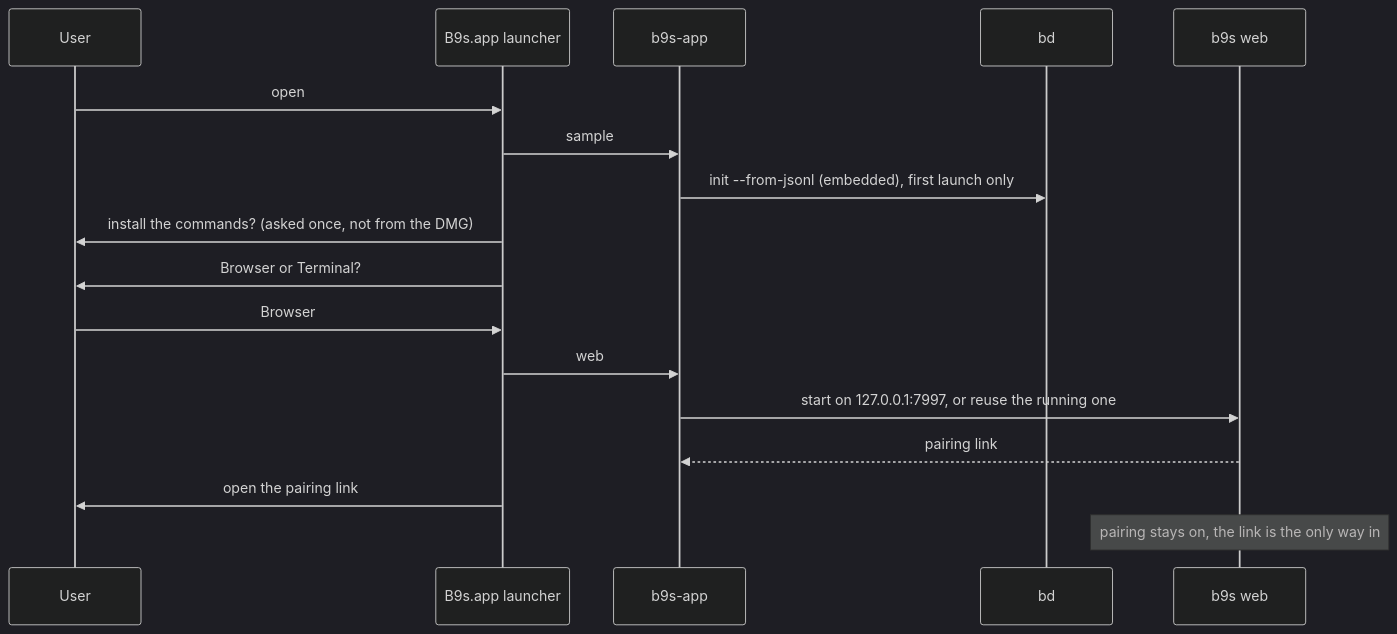
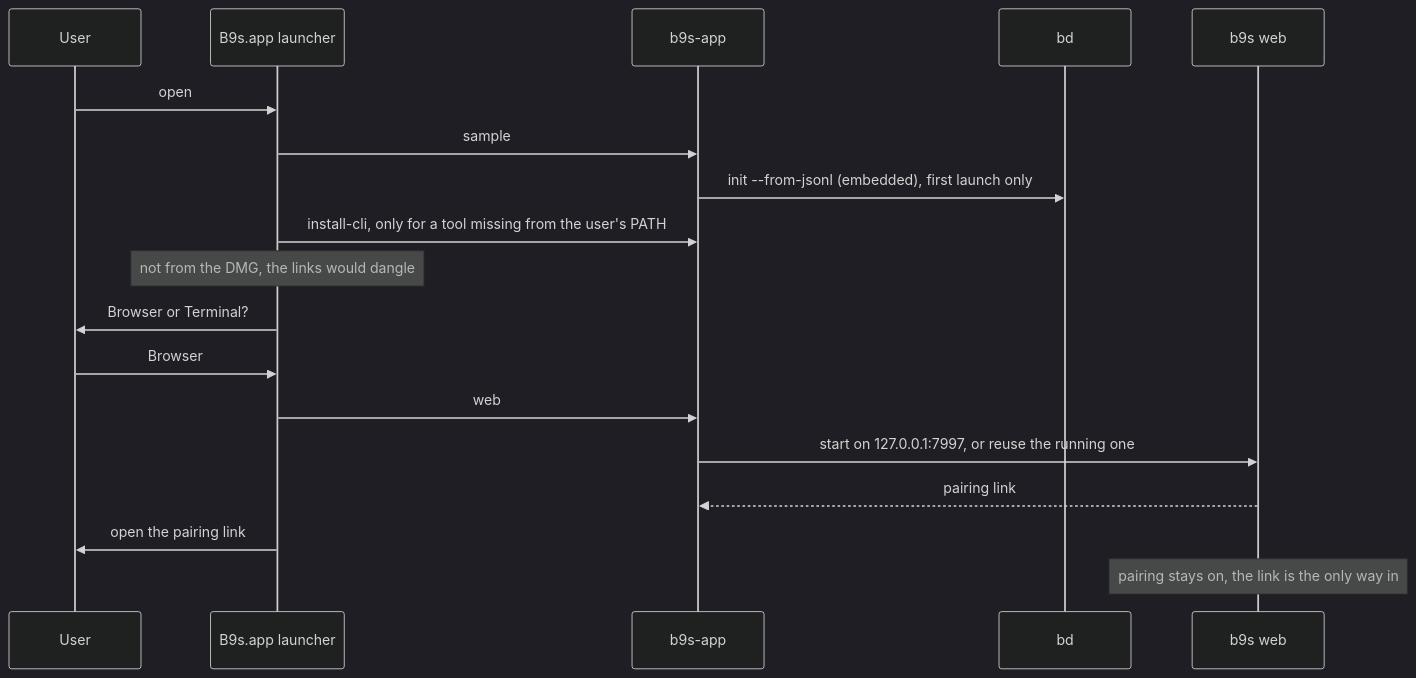
Before and after one commit to elmpp/b9s: the diagram in docs/adr/0056-ship-a-macos-app-that-bundles-bd-and-a-sample-project.md, drawn with Mermaid (dark theme). The commit also changed other lines of this file and 6 other files, not shown here.

First line of the commit message:
feat(packaging): always install bd and b9s from B9s.app

````diff
--- a/docs/adr/0056-ship-a-macos-app-that-bundles-bd-and-a-sample-project.md
+++ b/docs/adr/0056-ship-a-macos-app-that-bundles-bd-and-a-sample-project.md
@@ -29,19 +30,20 @@
 ```mermaid
 sequenceDiagram
     participant User
     participant App as B9s.app launcher
     participant Setup as b9s-app
     participant bd
     participant Web as b9s web
     User->>App: open
     App->>Setup: sample
     Setup->>bd: init --from-jsonl (embedded), first launch only
-    App->>User: install the commands? (asked once, not from the DMG)
+    App->>Setup: install-cli, only for a tool missing from the user's PATH
+    Note over App: not from the DMG, the links would dangle
     App->>User: Browser or Terminal?
     User->>App: Browser
     App->>Setup: web
     Setup->>Web: start on 127.0.0.1:7997, or reuse the running one
     Web-->>Setup: pairing link
     App->>User: open the pairing link
     Note over Web: pairing stays on, the link is the only way in
 ```
````
